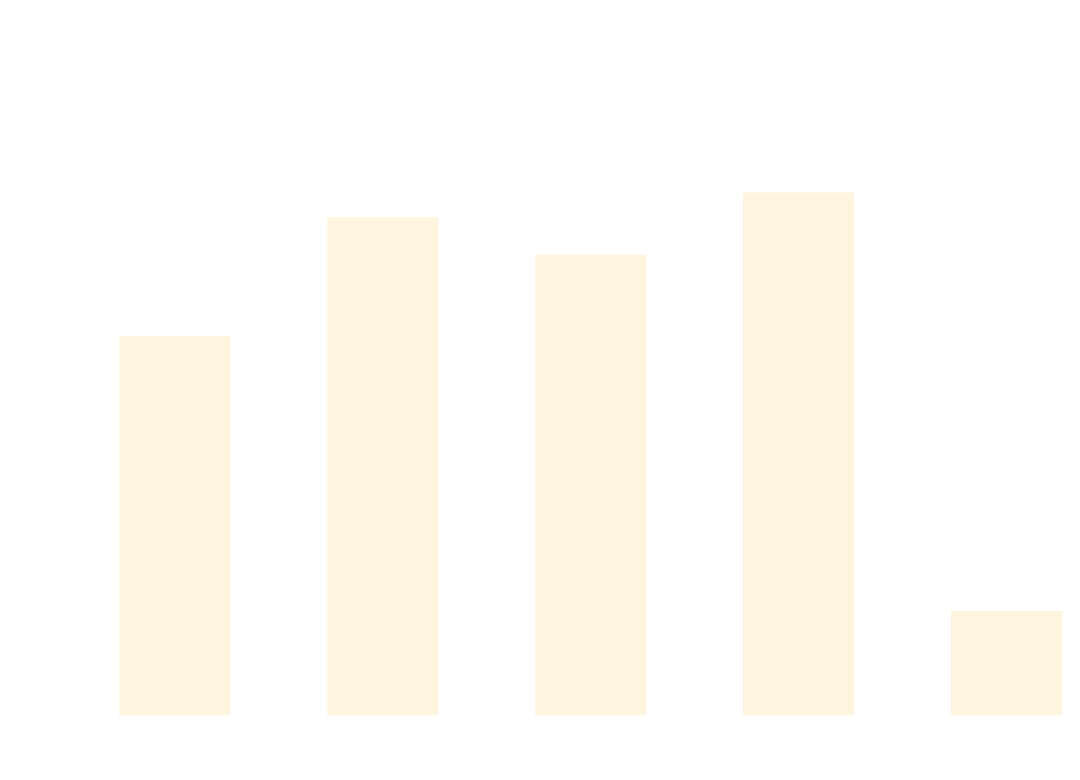
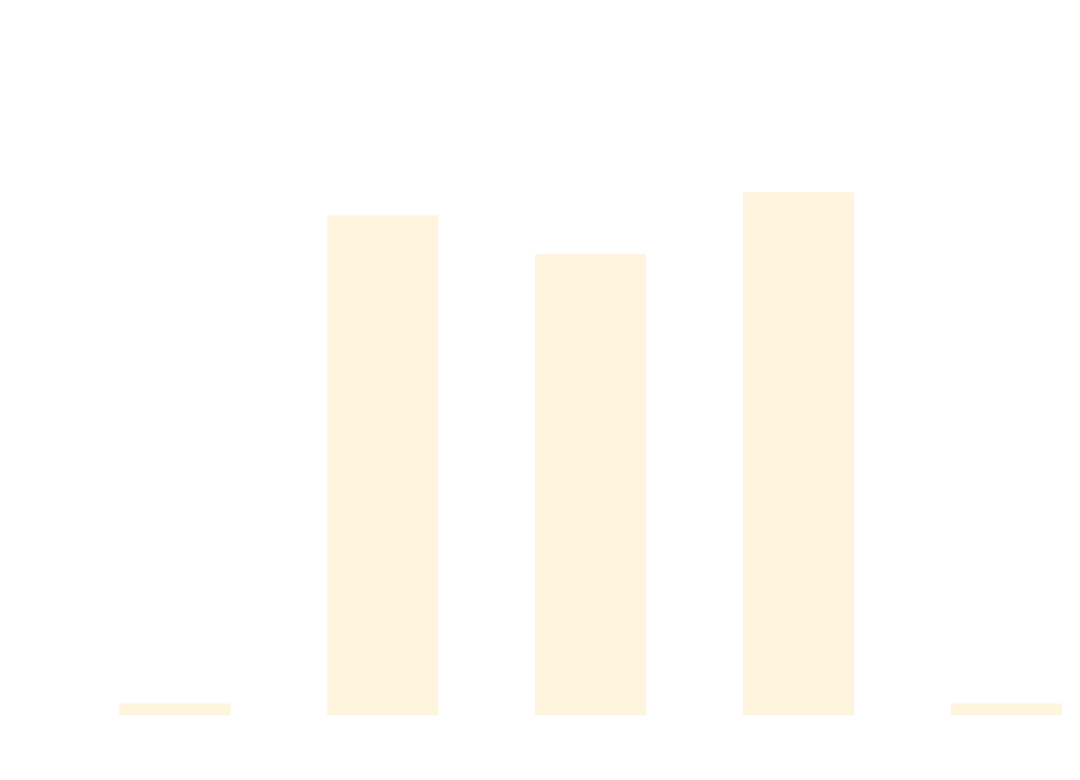
Before and after one commit to thomhurst/TUnit: the diagram in docs/docs/benchmarks/AsyncTests.md, drawn with Mermaid. The commit also changed other lines of this file and 16 other files, not shown here.

````diff
--- a/docs/docs/benchmarks/AsyncTests.md
+++ b/docs/docs/benchmarks/AsyncTests.md
@@ -27,37 +27,37 @@
 ```mermaid
 %%{init: {
   'theme':'base',
   'themeVariables': {
     'primaryColor': '#2563eb',
     'primaryTextColor': '#ffffff',
     'primaryBorderColor': '#1e40af',
     'lineColor': '#6b7280',
     'secondaryColor': '#7c3aed',
     'tertiaryColor': '#dc2626',
     'background': '#ffffff',
     'mainBkg': '#2563eb',
     'secondBkg': '#7c3aed',
     'tertiaryBkg': '#dc2626',
     'clusterBkg': '#f3f4f6',
     'edgeLabelBackground': '#ffffff',
     'tertiaryTextColor': '#1f2937',
     'pie1': '#2563eb',
     'pie2': '#7c3aed',
     'pie3': '#dc2626',
     'pie4': '#f59e0b',
     'pie5': '#10b981',
     'pie6': '#06b6d4',
     'pie7': '#ec4899',
     'pie8': '#6366f1',
     'pie9': '#84cc16',
     'pie10': '#f97316',
     'pie11': '#14b8a6',
     'pie12': '#a855f7'
   }
 }}%%
 xychart-beta
   title "AsyncTests Performance Comparison"
   x-axis ["TUnit", "NUnit", "MSTest", "xUnit3", "TUnit_AOT"]
-  y-axis "Time (ms)" 0 --> 805
-  bar [481.9, 638.1, 589, 670.6, 121.3]
+  y-axis "Time (ms)" 0 --> 900
+  bar [0, 716, 659.3, 749.9, 0]
 ```
````
